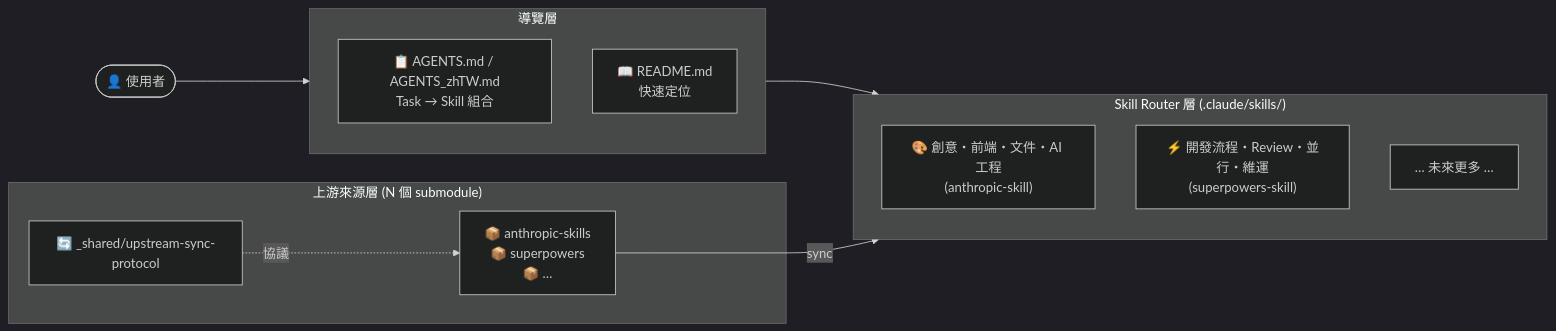
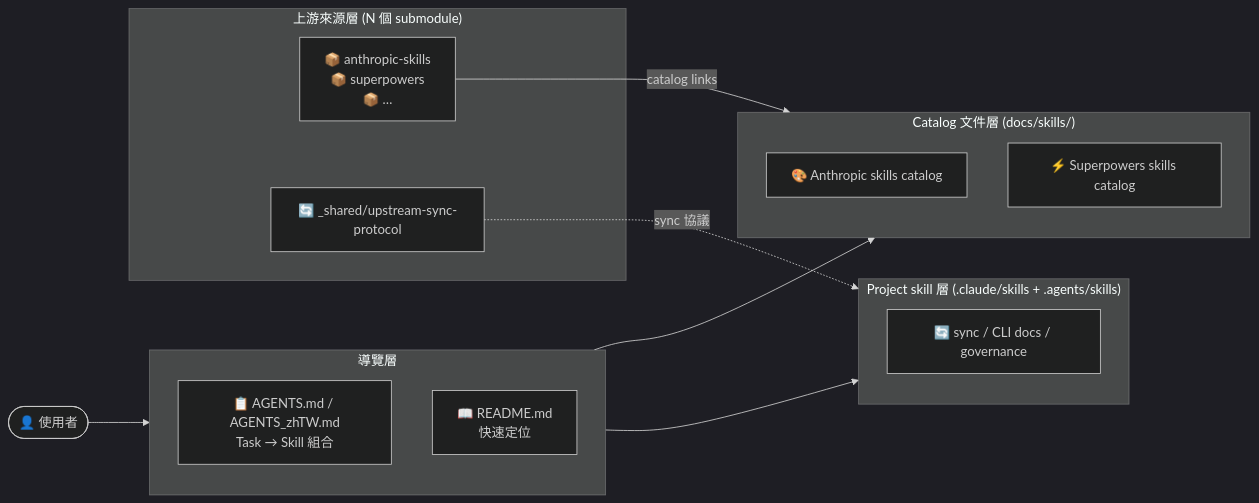
The first of 2 diagrams in README.md (Aery9527/ai-copilot-spells), drawn with Mermaid (dark theme) before and after one commit. The commit also changed other lines of this file and 51 other files, not shown here.

Commit message:
refactor(claude-skills): move upstream catalogs to docs

````diff
--- a/README.md
+++ b/README.md
@@ -5,25 +5,29 @@
 ```mermaid
 flowchart LR
     U(["👤 使用者"])
 
     subgraph nav ["導覽層"]
         A["📋 AGENTS.md / AGENTS_zhTW.md\nTask → Skill 組合"]
         B["📖 README.md\n快速定位"]
     end
 
-    subgraph routers ["Skill Router 層 (.claude/skills/)"]
+    subgraph refs ["Catalog 文件層 (docs/skills/)"]
         direction TB
-        R1["🎨 創意・前端・文件・AI 工程\n(anthropic-skill)"]
-        R2["⚡ 開發流程・Review・並行・維運\n(superpowers-skill)"]
-        R3["… 未來更多 …"]
+        R1["🎨 Anthropic skills catalog"]
+        R2["⚡ Superpowers skills catalog"]
+    end
+
+    subgraph runtime ["Project skill 層 (.claude/skills + .agents/skills)"]
+        C1["🔄 sync / CLI docs / governance"]
     end
 
     subgraph upstream ["上游來源層 (N 個 submodule)"]
         S["📦 anthropic-skills\n📦 superpowers\n📦 …"]
         P["🔄 _shared/upstream-sync-protocol"]
     end
 
-    U --> nav --> routers
-    S -->|"sync"| routers
-    P -.->|"協議"| S
+    U --> nav --> refs
+    nav --> runtime
+    S -->|"catalog links"| refs
+    P -.->|"sync 協議"| runtime
 ```
````
